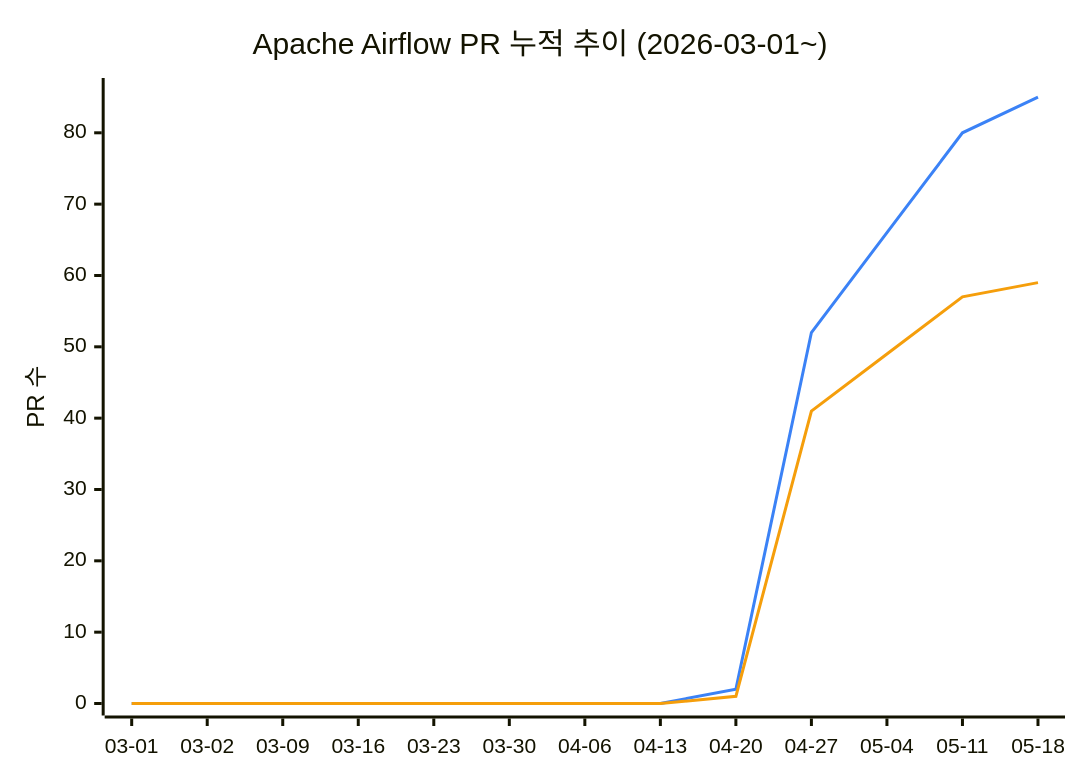
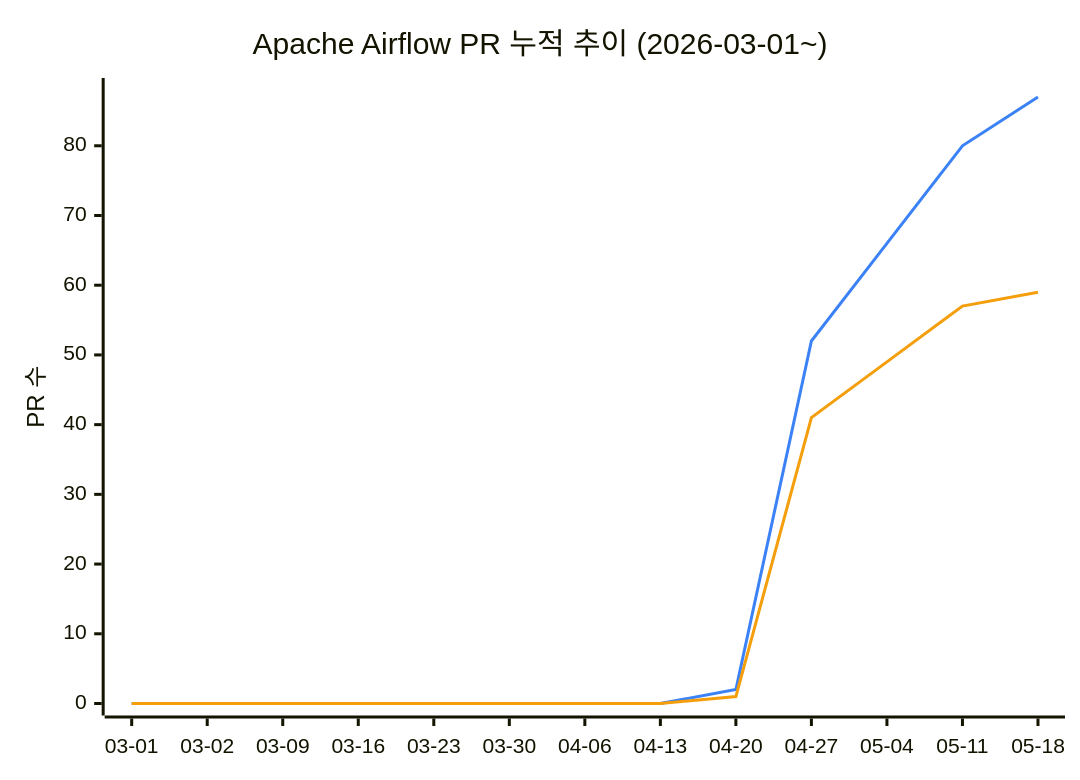
The diagram in README.md (AirflowKorea/ossca), drawn with Mermaid before and after one commit. The commit also changed other lines of this file, not shown here.

````diff
--- a/README.md
+++ b/README.md
@@ -11,9 +11,9 @@
 ```mermaid
 %%{init: {"themeVariables": {"xyChart": {"plotColorPalette": "#3b82f6, #f59e0b"}}}}%%
 xychart-beta
     title "Apache Airflow PR 누적 추이 (2026-03-01~)"
     x-axis ["03-01", "03-02", "03-09", "03-16", "03-23", "03-30", "04-06", "04-13", "04-20", "04-27", "05-04", "05-11", "05-18"]
-    y-axis "PR 수" 0 --> 86
-    line [0, 0, 0, 0, 0, 0, 0, 0, 2, 52, 66, 80, 85]
+    y-axis "PR 수" 0 --> 88
+    line [0, 0, 0, 0, 0, 0, 0, 0, 2, 52, 66, 80, 87]
     line [0, 0, 0, 0, 0, 0, 0, 0, 1, 41, 49, 57, 59]
 ```
````
